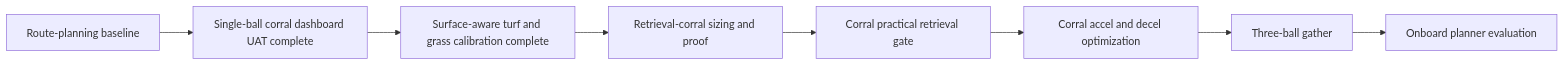
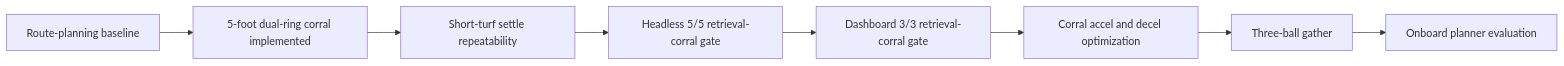
Before and after one commit to fsmalkin/chasebot: the diagram in docs/ROADMAP_2026_H2.md, drawn with Mermaid. The commit also changed other lines of this file and 15 other files, not shown here.

Commit message:
checkpoint: add 5ft corral scoring and surface tuning

````diff
--- a/docs/ROADMAP_2026_H2.md
+++ b/docs/ROADMAP_2026_H2.md
@@ -148,10 +151,10 @@
 ```mermaid
 flowchart LR
-    A[Route-planning baseline] --> B[Single-ball corral dashboard UAT complete]
-    B --> C[Surface-aware turf and grass calibration complete]
-    C --> D[Retrieval-corral sizing and proof]
-    D --> E[Corral practical retrieval gate]
+    A[Route-planning baseline] --> B[5-foot dual-ring corral implemented]
+    B --> C[Short-turf settle repeatability]
+    C --> D[Headless 5/5 retrieval-corral gate]
+    D --> E[Dashboard 3/3 retrieval-corral gate]
     E --> F[Corral accel and decel optimization]
     F --> G[Three-ball gather]
     G --> H[Onboard planner evaluation]
 ```
````
